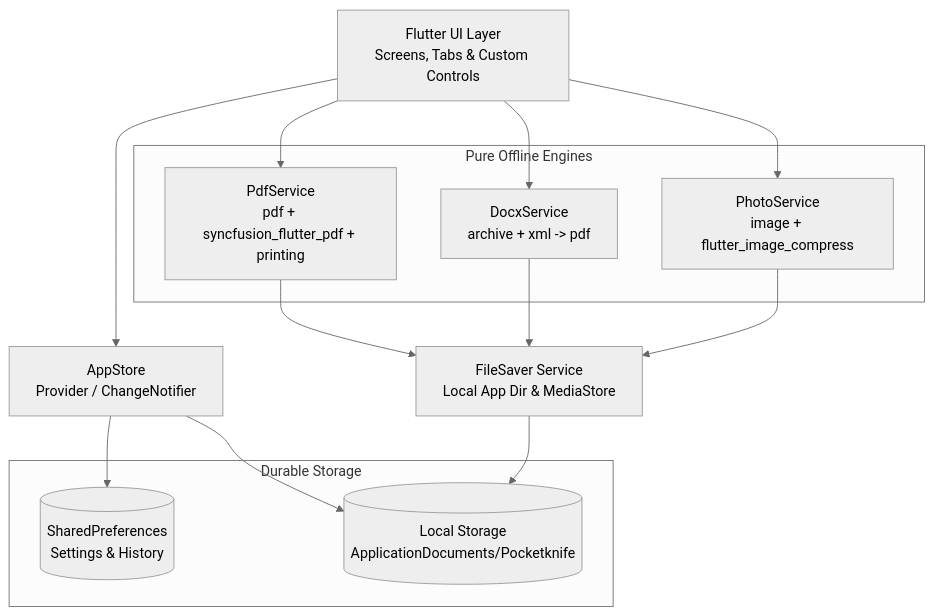
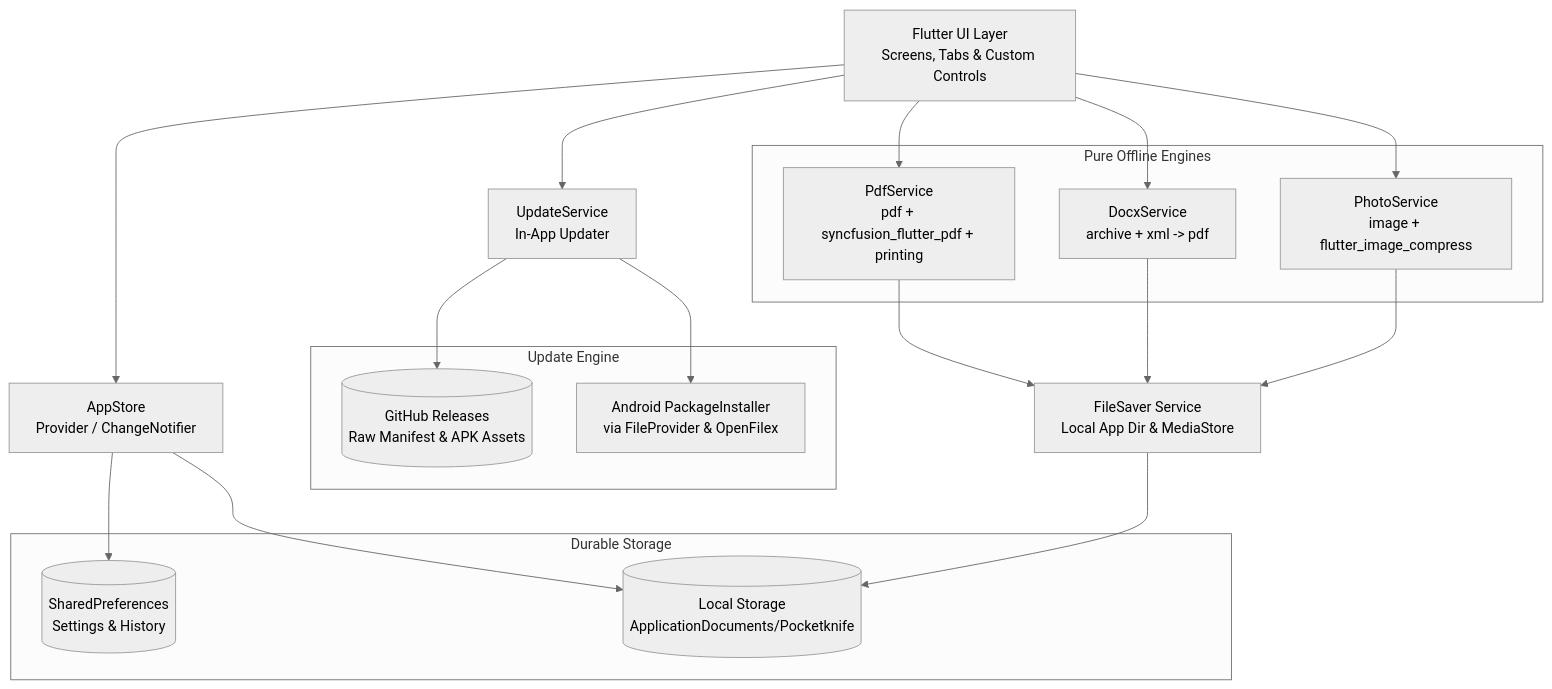
One commit to shadowmodex/pocketknife changed the diagram in PROJECT_CONTEXT.md. Above: the diagram before and after it, drawn with Mermaid (neutral theme). The commit also changed other lines of this file and 18 other files, not shown here.

````diff
--- a/PROJECT_CONTEXT.md
+++ b/PROJECT_CONTEXT.md
@@ -46,28 +54,37 @@
 ```mermaid
 graph TD
     UI[Flutter UI Layer\nScreens, Tabs & Custom Controls]
     Store[AppStore\nProvider / ChangeNotifier]
+    Update[UpdateService\nIn-App Updater]
     FileSaver[FileSaver Service\nLocal App Dir & MediaStore]
 
     subgraph "Pure Offline Engines"
         PDF[PdfService\npdf + syncfusion_flutter_pdf + printing]
         DOCX[DocxService\narchive + xml -> pdf]
         PHOTO[PhotoService\nimage + flutter_image_compress]
     end
 
+    subgraph "Update Engine"
+        GH[(GitHub Releases\nRaw Manifest & APK Assets)]
+        PI[Android PackageInstaller\nvia FileProvider & OpenFilex]
+    end
+
     subgraph "Durable Storage"
         SP[(SharedPreferences\nSettings & History)]
         FS[(Local Storage\nApplicationDocuments/Pocketknife)]
     end
 
     UI --> Store
+    UI --> Update
     UI --> PDF
     UI --> DOCX
     UI --> PHOTO
     PDF --> FileSaver
     DOCX --> FileSaver
     PHOTO --> FileSaver
     FileSaver --> FS
     Store --> SP
     Store --> FS
+    Update --> GH
+    Update --> PI
 ```
````
